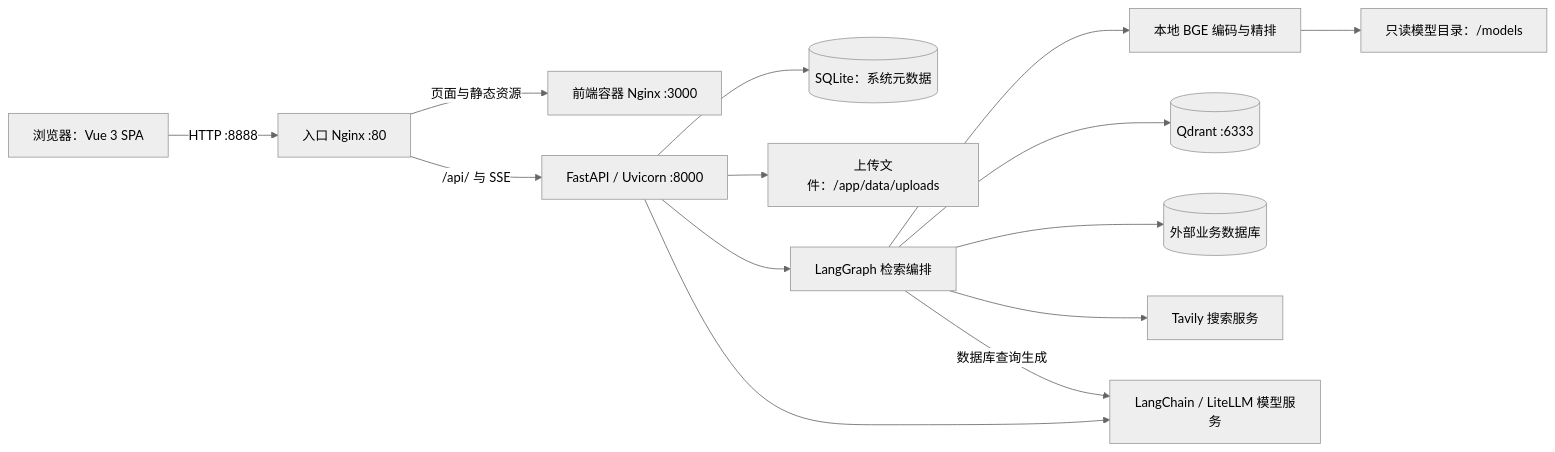
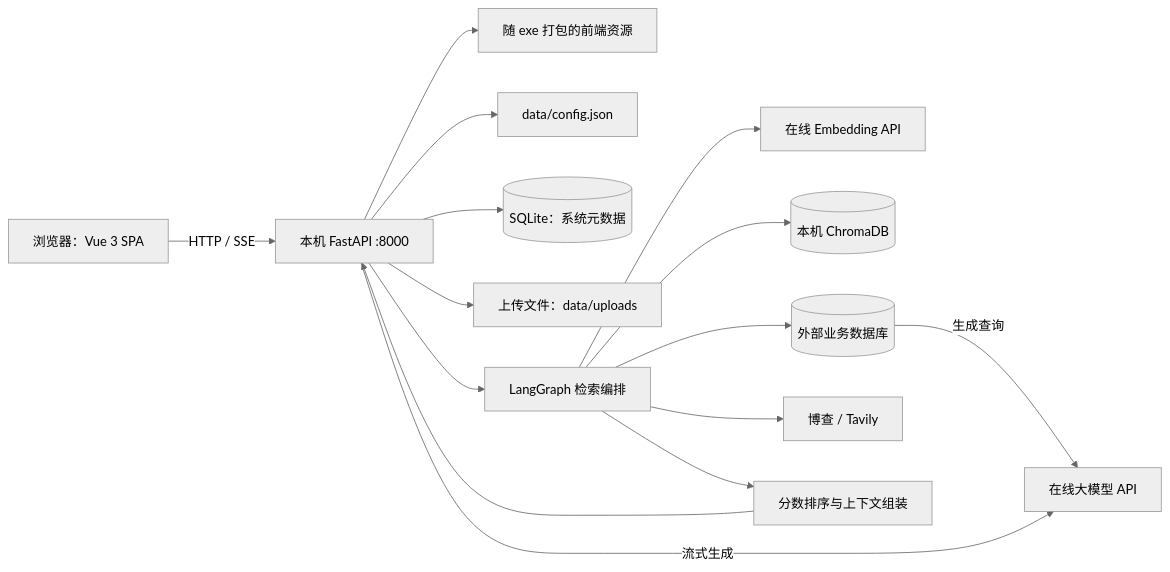
Before and after one commit to tomkluas/EnterpriseRag: the first of 3 diagrams in README.md, drawn with Mermaid (neutral theme). The commit also changed other lines of this file and 136 other files, not shown here.

````diff
--- a/README.md
+++ b/README.md
@@ -27,16 +85,17 @@
 ```mermaid
 flowchart LR
-    Browser[浏览器：Vue 3 SPA] -->|HTTP :8888| Gateway[入口 Nginx :80]
-    Gateway -->|页面与静态资源| Frontend[前端容器 Nginx :3000]
-    Gateway -->|/api/ 与 SSE| API[FastAPI / Uvicorn :8000]
+    Browser[浏览器：Vue 3 SPA] -->|HTTP / SSE| API[本机 FastAPI :8000]
+    API --> Static[随 exe 打包的前端资源]
+    API --> Config[data/config.json]
     API --> SQLite[(SQLite：系统元数据)]
-    API --> Uploads[上传文件：/app/data/uploads]
+    API --> Uploads[上传文件：data/uploads]
     API --> Graph[LangGraph 检索编排]
-    Graph --> BGE[本地 BGE 编码与精排]
-    Graph --> Qdrant[(Qdrant :6333)]
-    BGE --> Weights[只读模型目录：/models]
-    Graph --> BusinessDB[(外部业务数据库)]
-    Graph --> Tavily[Tavily 搜索服务]
-    API --> LLM[LangChain / LiteLLM 模型服务]
-    Graph -->|数据库查询生成| LLM
+    Graph --> Embedding[在线 Embedding API]
+    Graph --> Chroma[(本机 ChromaDB)]
+    Graph --> DB[(外部业务数据库)]
+    Graph --> Search[博查 / Tavily]
+    Graph --> Context[分数排序与上下文组装]
+    DB -->|生成查询| LLM[在线大模型 API]
+    Context --> API
+    API -->|流式生成| LLM
 ```
````
